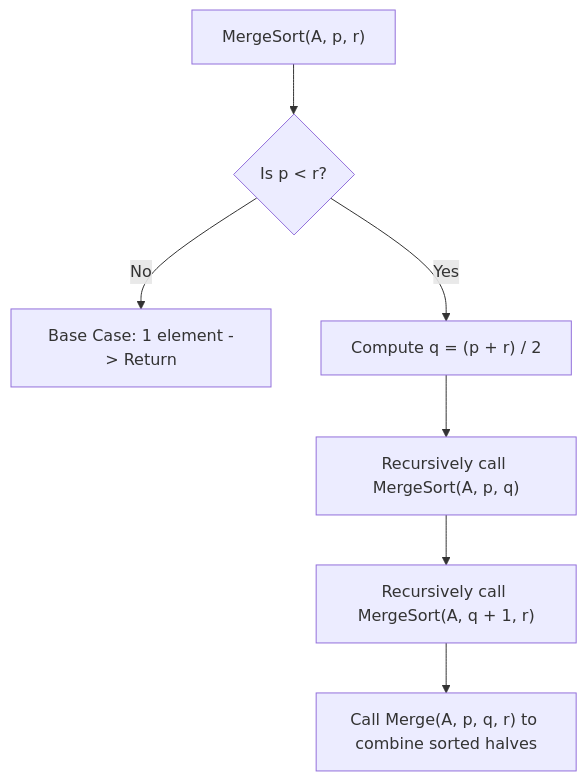
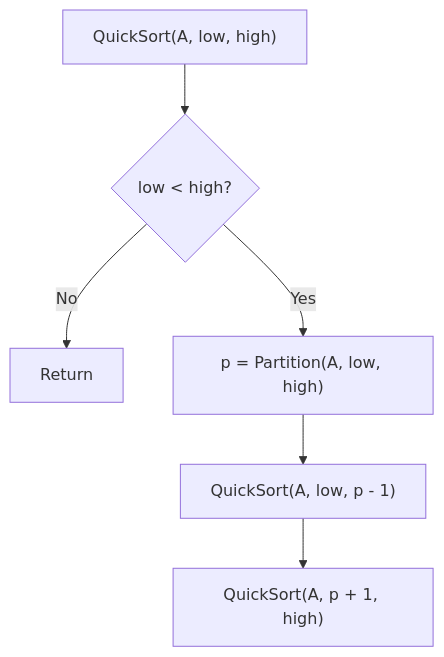
Before and after one commit to DeepLumiere/DeepSkills: the third of 6 diagrams in notes/design_and_analysis_of_algorithms/Unit_03_Recurrence_and_Divide_Conquer.md, drawn with Mermaid. The commit also changed other lines of this file and 2 other files, not shown here.

Commit message:
docs: enhance DAA Unit-III and Unit-V notes with full coverage, diagrams and widgets

````diff
--- a/notes/design_and_analysis_of_algorithms/Unit_03_Recurrence_and_Divide_Conquer.md
+++ b/notes/design_and_analysis_of_algorithms/Unit_03_Recurrence_and_Divide_Conquer.md
@@ -464,9 +396,8 @@
 ```mermaid
 flowchart TD
-    Start["MergeSort(A, p, r)"] --> Base{"Is p < r?"}
-    Base -- No --> Done["Base Case: 1 element -> Return"]
-    Base -- Yes --> Mid["Compute q = (p + r) / 2"]
-    Mid --> Left["Recursively call MergeSort(A, p, q)"]
-    Left --> Right["Recursively call MergeSort(A, q + 1, r)"]
-    Right --> Merge["Call Merge(A, p, q, r) to combine sorted halves"]
+    Start["QuickSort(A, low, high)"] --> Check{"low < high?"}
+    Check -- No --> Ret["Return"]
+    Check -- Yes --> Part["p = Partition(A, low, high)"]
+    Part --> RecL["QuickSort(A, low, p - 1)"]
+    RecL --> RecR["QuickSort(A, p + 1, high)"]
 ```
````
